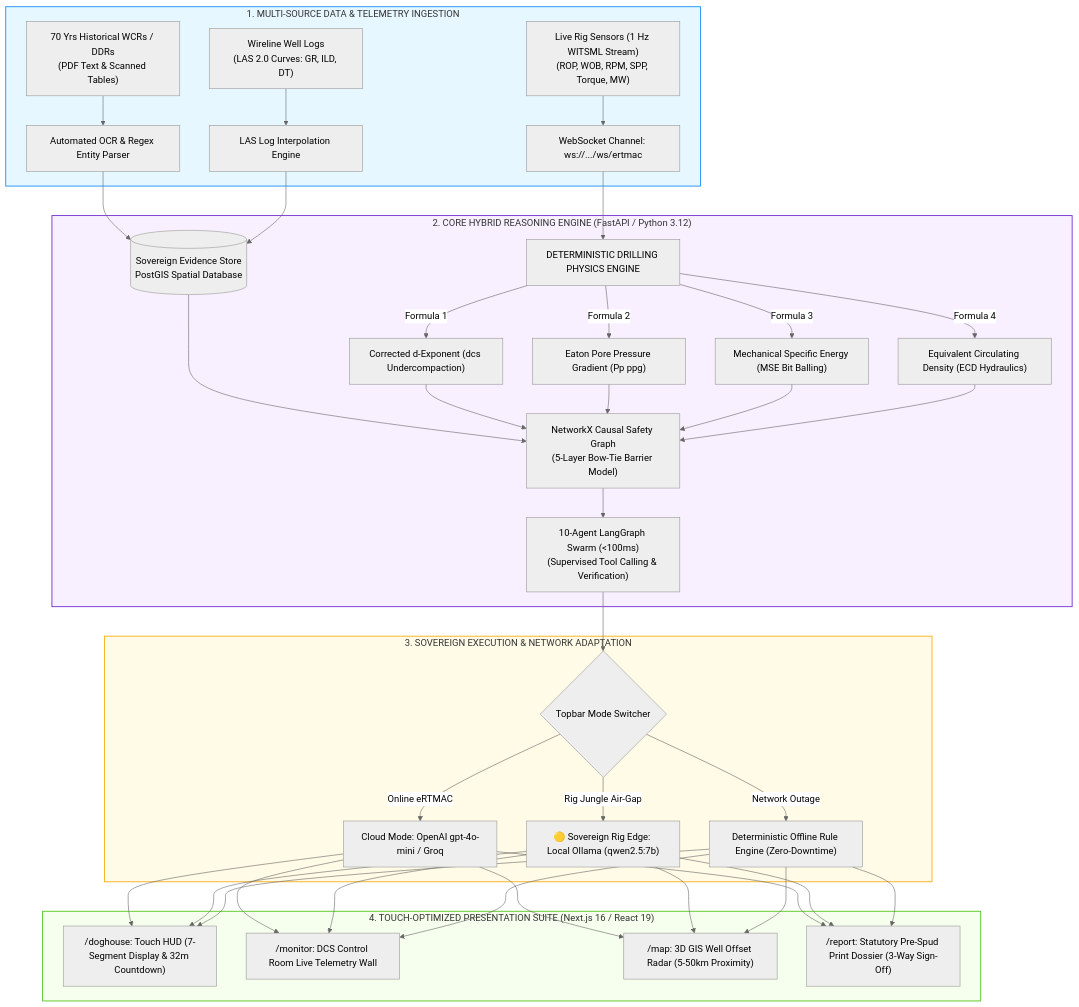
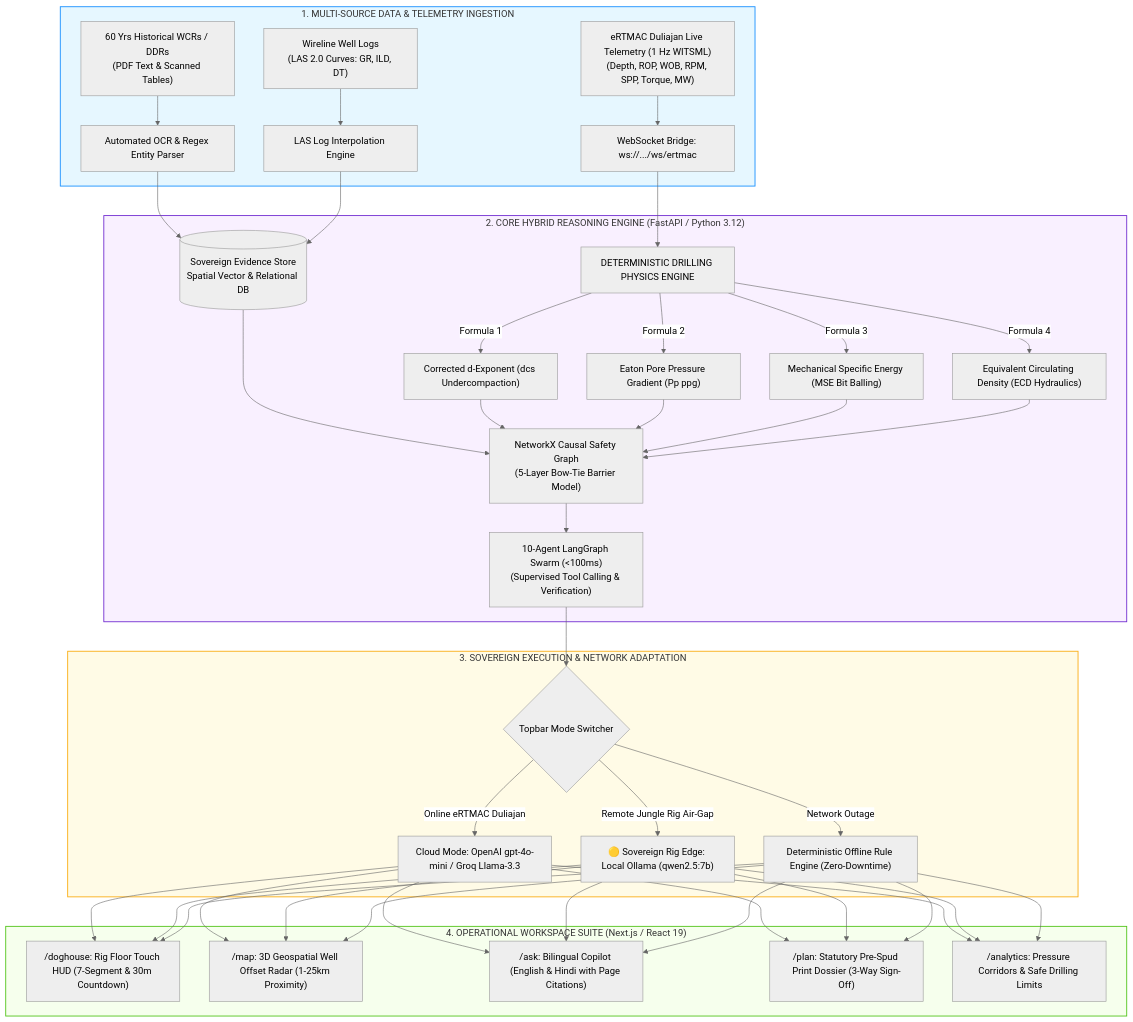
One commit to priy-anshugupta/SRISHTI-AI changed the second of 5 diagrams in srishtippt.md. Above: the diagram before and after it, drawn with Mermaid (neutral theme). The commit also changed other lines of this file, not shown here.

````diff
--- a/srishtippt.md
+++ b/srishtippt.md
@@ -174,39 +179,40 @@
 ```mermaid
 flowchart TD
     subgraph Layer1["1. MULTI-SOURCE DATA & TELEMETRY INGESTION"]
-        D1["70 Yrs Historical WCRs / DDRs<br/>(PDF Text & Scanned Tables)"] --> P1["Automated OCR & Regex Entity Parser"]
+        D1["60 Yrs Historical WCRs / DDRs<br/>(PDF Text & Scanned Tables)"] --> P1["Automated OCR & Regex Entity Parser"]
         D2["Wireline Well Logs<br/>(LAS 2.0 Curves: GR, ILD, DT)"] --> P2["LAS Log Interpolation Engine"]
-        D3["Live Rig Sensors (1 Hz WITSML Stream)<br/>(ROP, WOB, RPM, SPP, Torque, MW)"] --> P3["WebSocket Channel: ws://.../ws/ertmac"]
+        D3["eRTMAC Duliajan Live Telemetry (1 Hz WITSML)<br/>(Depth, ROP, WOB, RPM, SPP, Torque, MW)"] --> P3["WebSocket Bridge: ws://.../ws/ertmac"]
     end
 
     subgraph Layer2["2. CORE HYBRID REASONING ENGINE (FastAPI / Python 3.12)"]
-        P1 & P2 --> S1[("Sovereign Evidence Store<br/>PostGIS Spatial Database")]
+        P1 & P2 --> S1[("Sovereign Evidence Store<br/>Spatial Vector & Relational DB")]
         P3 --> PHY["DETERMINISTIC DRILLING PHYSICS ENGINE"]
         PHY -->|Formula 1| F1["Corrected d-Exponent (dcs Undercompaction)"]
         PHY -->|Formula 2| F2["Eaton Pore Pressure Gradient (Pp ppg)"]
         PHY -->|Formula 3| F3["Mechanical Specific Energy (MSE Bit Balling)"]
         PHY -->|Formula 4| F4["Equivalent Circulating Density (ECD Hydraulics)"]
         
         S1 & F1 & F2 & F3 & F4 --> GRAPH["NetworkX Causal Safety Graph<br/>(5-Layer Bow-Tie Barrier Model)"]
         GRAPH --> SWARM["10-Agent LangGraph Swarm (<100ms)<br/>(Supervised Tool Calling & Verification)"]
     end
 
     subgraph Layer3["3. SOVEREIGN EXECUTION & NETWORK ADAPTATION"]
         SWARM --> SW{"Topbar Mode Switcher"}
-        SW -->|Online eRTMAC| CLOUD["Cloud Mode: OpenAI gpt-4o-mini / Groq"]
-        SW -->|Rig Jungle Air-Gap| EDGE["🟡 Sovereign Rig Edge: Local Ollama (qwen2.5:7b)"]
+        SW -->|Online eRTMAC Duliajan| CLOUD["Cloud Mode: OpenAI gpt-4o-mini / Groq Llama-3.3"]
+        SW -->|Remote Jungle Rig Air-Gap| EDGE["🟡 Sovereign Rig Edge: Local Ollama (qwen2.5:7b)"]
         SW -->|Network Outage| DET["Deterministic Offline Rule Engine (Zero-Downtime)"]
     end
 
-    subgraph Layer4["4. TOUCH-OPTIMIZED PRESENTATION SUITE (Next.js 16 / React 19)"]
-        CLOUD & EDGE & DET --> UI1["/doghouse: Touch HUD (7-Segment Display & 32m Countdown)"]
-        CLOUD & EDGE & DET --> UI2["/monitor: DCS Control Room Live Telemetry Wall"]
-        CLOUD & EDGE & DET --> UI3["/map: 3D GIS Well Offset Radar (5-50km Proximity)"]
-        CLOUD & EDGE & DET --> UI4["/report: Statutory Pre-Spud Print Dossier (3-Way Sign-Off)"]
+    subgraph Layer4["4. OPERATIONAL WORKSPACE SUITE (Next.js / React 19)"]
+        CLOUD & EDGE & DET --> UI1["/doghouse: Rig Floor Touch HUD (7-Segment & 30m Countdown)"]
+        CLOUD & EDGE & DET --> UI2["/map: 3D Geospatial Well Offset Radar (1-25km Proximity)"]
+        CLOUD & EDGE & DET --> UI3["/ask: Bilingual Copilot (English & Hindi with Page Citations)"]
+        CLOUD & EDGE & DET --> UI4["/plan: Statutory Pre-Spud Print Dossier (3-Way Sign-Off)"]
+        CLOUD & EDGE & DET --> UI5["/analytics: Pressure Corridors & Safe Drilling Limits"]
     end
 
     style Layer1 fill:#e6f7ff,stroke:#1890ff,stroke-width:1.5px
     style Layer2 fill:#f9f0ff,stroke:#722ed1,stroke-width:1.5px
     style Layer3 fill:#fffbe6,stroke:#faad14,stroke-width:1.5px
     style Layer4 fill:#f6ffed,stroke:#52c41a,stroke-width:1.5px
 ```
````
